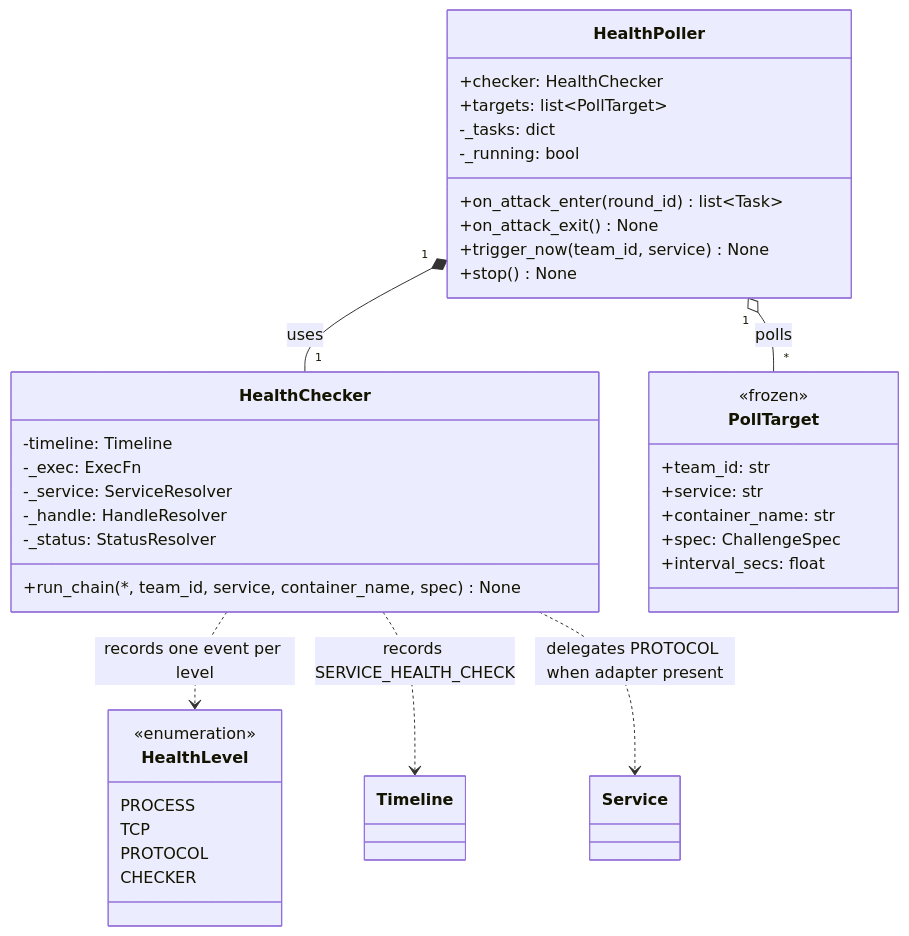
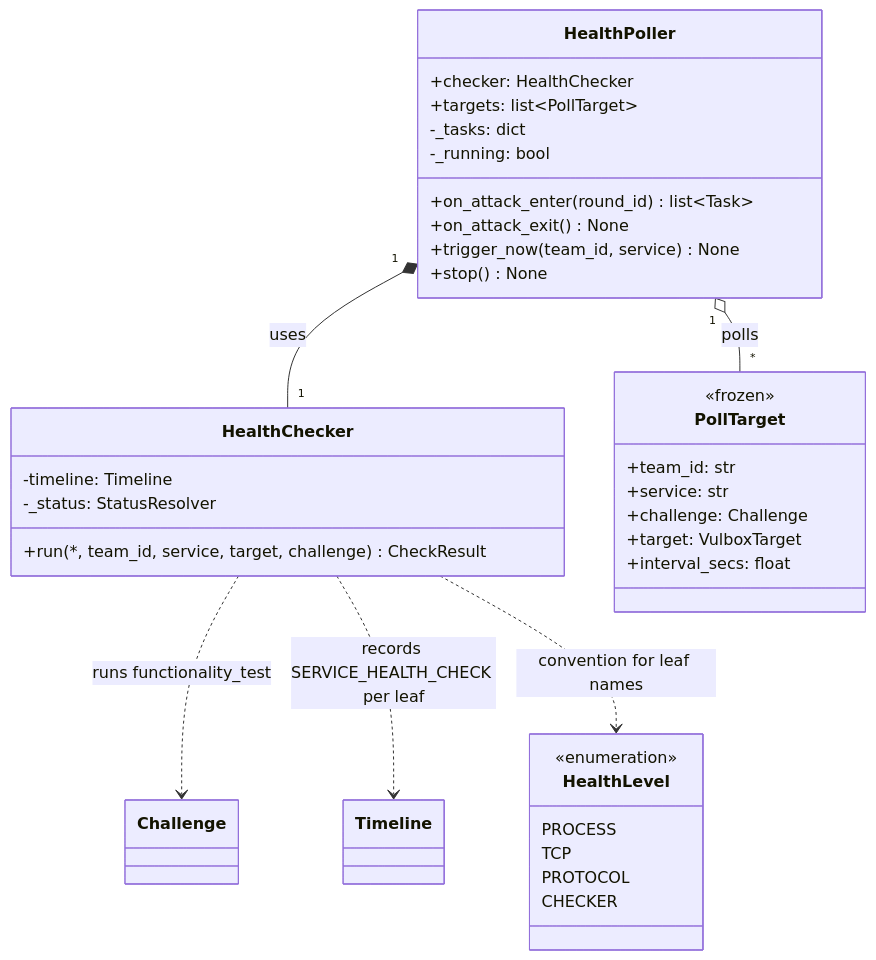
The first of 2 diagrams in docs/UML/health.md (YueyangPan/CyberArenaOrchestration), drawn with Mermaid before and after one commit. The commit also changed other lines of this file and 6 other files, not shown here.

First line of the commit message:
docs: Stage 11 — refresh UML + v2 plan to reflect shipped state

````diff
--- a/docs/UML/health.md
+++ b/docs/UML/health.md
@@ -23,45 +22,42 @@
 ```mermaid
 classDiagram
   class HealthChecker {
     -timeline: Timeline
-    -_exec: ExecFn
-    -_service: ServiceResolver
-    -_handle: HandleResolver
     -_status: StatusResolver
-    +run_chain(*, team_id, service, container_name, spec) None
+    +run(*, team_id, service, target, challenge) CheckResult
   }
 
   class HealthPoller {
     +checker: HealthChecker
     +targets: list~PollTarget~
     -_tasks: dict
     -_running: bool
     +on_attack_enter(round_id) list~Task~
     +on_attack_exit() None
     +trigger_now(team_id, service) None
     +stop() None
   }
 
   class PollTarget {
     <<frozen>>
     +team_id: str
     +service: str
-    +container_name: str
-    +spec: ChallengeSpec
+    +challenge: Challenge
+    +target: VulboxTarget
     +interval_secs: float
   }
 
   class HealthLevel {
     <<enumeration>>
     PROCESS
     TCP
     PROTOCOL
     CHECKER
   }
 
   HealthPoller "1" *-- "1" HealthChecker : uses
   HealthPoller "1" o-- "*" PollTarget : polls
-  HealthChecker ..> HealthLevel : records one event per level
-  HealthChecker ..> Timeline : records SERVICE_HEALTH_CHECK
-  HealthChecker ..> Service : delegates PROTOCOL when adapter present
+  HealthChecker ..> Challenge : runs functionality_test
+  HealthChecker ..> Timeline : records SERVICE_HEALTH_CHECK per leaf
+  HealthChecker ..> HealthLevel : convention for leaf names
 ```
````
